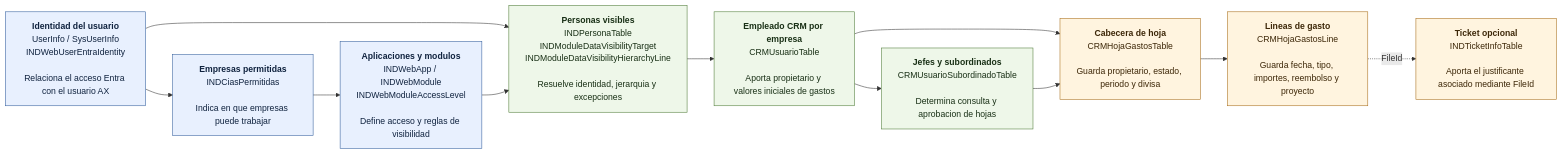
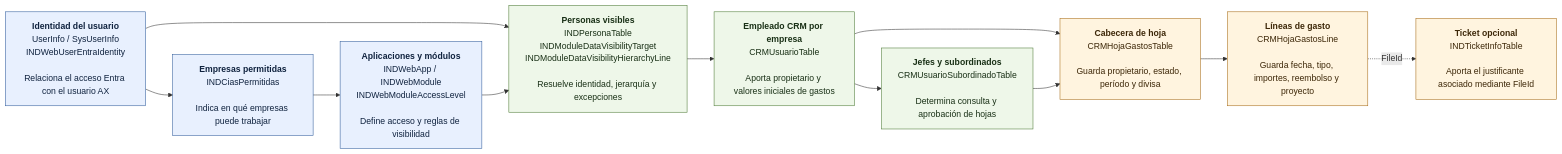
Before and after one commit to INDMAME/IND_CRM_API: the diagram in docs/architecture/diagrams/user/integration/ax-bi-query-table-schema.md, drawn with Mermaid. The commit also changed other lines of this file and 314 other files, not shown here.

````diff
--- a/docs/architecture/diagrams/user/integration/ax-bi-query-table-schema.md
+++ b/docs/architecture/diagrams/user/integration/ax-bi-query-table-schema.md
@@ -10,30 +10,30 @@
 ```mermaid
 flowchart LR
   Identity["<b>Identidad del usuario</b><br/>UserInfo / SysUserInfo<br/>INDWebUserEntraIdentity<br/><br/>Relaciona el acceso Entra con el usuario AX"]
-  Companies["<b>Empresas permitidas</b><br/>INDCiasPermitidas<br/><br/>Indica en que empresas puede trabajar"]
-  Modules["<b>Aplicaciones y modulos</b><br/>INDWebApp / INDWebModule<br/>INDWebModuleAccessLevel<br/><br/>Define acceso y reglas de visibilidad"]
-  Visibility["<b>Personas visibles</b><br/>INDPersonaTable<br/>INDModuleDataVisibilityTarget<br/>INDModuleDataVisibilityHierarchyLine<br/><br/>Resuelve identidad, jerarquia y excepciones"]
+  Companies["<b>Empresas permitidas</b><br/>INDCiasPermitidas<br/><br/>Indica en qué empresas puede trabajar"]
+  Modules["<b>Aplicaciones y módulos</b><br/>INDWebApp / INDWebModule<br/>INDWebModuleAccessLevel<br/><br/>Define acceso y reglas de visibilidad"]
+  Visibility["<b>Personas visibles</b><br/>INDPersonaTable<br/>INDModuleDataVisibilityTarget<br/>INDModuleDataVisibilityHierarchyLine<br/><br/>Resuelve identidad, jerarquía y excepciones"]
   Employee["<b>Empleado CRM por empresa</b><br/>CRMUsuarioTable<br/><br/>Aporta propietario y valores iniciales de gastos"]
-  Managers["<b>Jefes y subordinados</b><br/>CRMUsuarioSubordinadoTable<br/><br/>Determina consulta y aprobacion de hojas"]
-  Sheet["<b>Cabecera de hoja</b><br/>CRMHojaGastosTable<br/><br/>Guarda propietario, estado, periodo y divisa"]
-  Line["<b>Lineas de gasto</b><br/>CRMHojaGastosLine<br/><br/>Guarda fecha, tipo, importes, reembolso y proyecto"]
+  Managers["<b>Jefes y subordinados</b><br/>CRMUsuarioSubordinadoTable<br/><br/>Determina consulta y aprobación de hojas"]
+  Sheet["<b>Cabecera de hoja</b><br/>CRMHojaGastosTable<br/><br/>Guarda propietario, estado, período y divisa"]
+  Line["<b>Líneas de gasto</b><br/>CRMHojaGastosLine<br/><br/>Guarda fecha, tipo, importes, reembolso y proyecto"]
   Ticket["<b>Ticket opcional</b><br/>INDTicketInfoTable<br/><br/>Aporta el justificante asociado mediante FileId"]
 
   Identity --> Companies
   Companies --> Modules
   Identity --> Visibility
   Modules --> Visibility
   Visibility --> Employee
   Employee --> Managers
   Employee --> Sheet
   Managers --> Sheet
   Sheet --> Line
   Line -. FileId .-> Ticket
 
   classDef access fill:#e8f0fe,stroke:#315d9c,color:#10233f
   classDef people fill:#eef7e9,stroke:#4d7a36,color:#193016
   classDef expenses fill:#fff4df,stroke:#a66b17,color:#3d2708
   class Identity,Companies,Modules access
   class Visibility,Employee,Managers people
   class Sheet,Line,Ticket expenses
 ```
````
